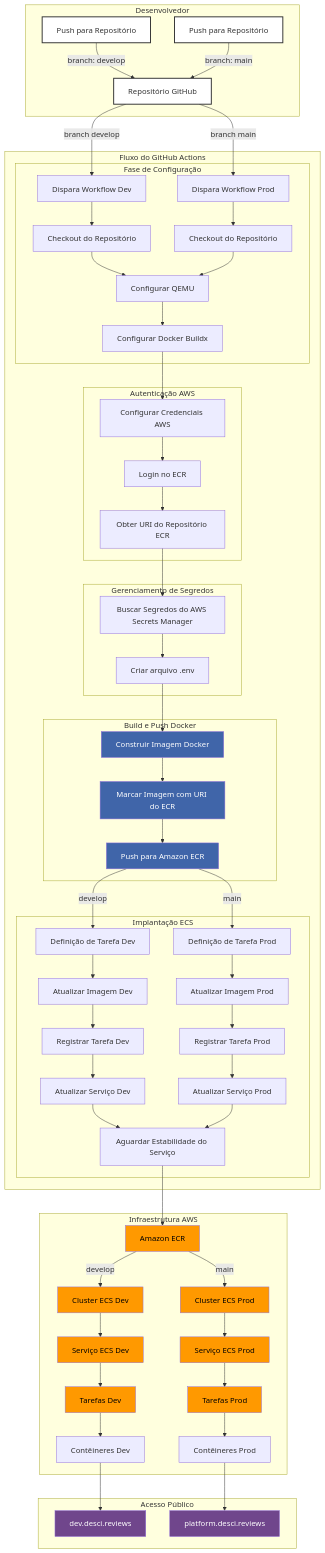
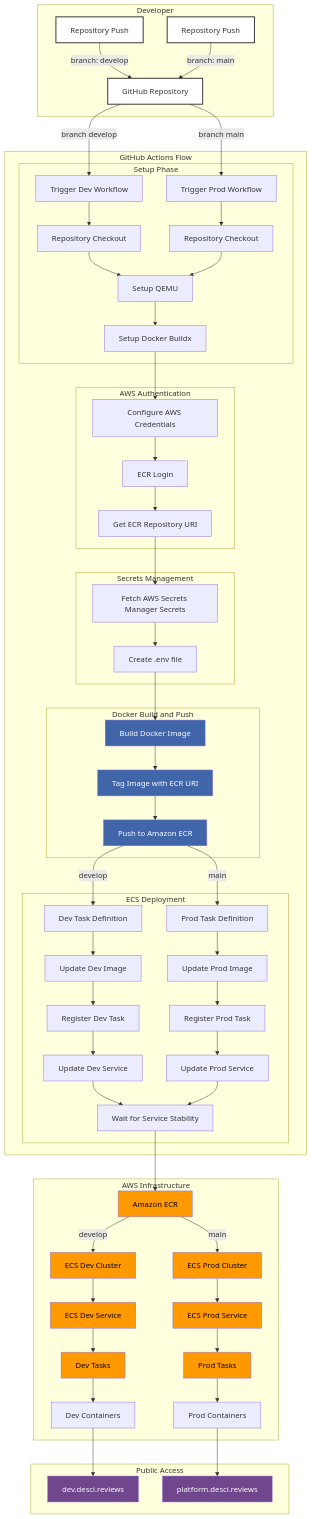
Before and after one commit to deScier/deSci-infra: the diagram in README.md, drawn with Mermaid. The commit also changed other lines of this file and 3 other files, not shown here.

````diff
--- a/README.md
+++ b/README.md
@@ -27,75 +27,75 @@
 ```mermaid
 flowchart TD
-    subgraph Desenvolvedor
-        A[Push para Repositório] --> |branch: develop| B[Repositório GitHub]
-        A2[Push para Repositório] --> |branch: main| B
+    subgraph Developer
+        A[Repository Push] --> |branch: develop| B[GitHub Repository]
+        A2[Repository Push] --> |branch: main| B
     end
 
-    subgraph "Fluxo do GitHub Actions"
-        B --> |branch develop| C1[Dispara Workflow Dev]
-        B --> |branch main| C2[Dispara Workflow Prod]
+    subgraph "GitHub Actions Flow"
+        B --> |branch develop| C1[Trigger Dev Workflow]
+        B --> |branch main| C2[Trigger Prod Workflow]
 
-        subgraph "Fase de Configuração"
-            C1 --> D1[Checkout do Repositório]
-            C2 --> D2[Checkout do Repositório]
-            D1 & D2 --> E[Configurar QEMU]
-            E --> F[Configurar Docker Buildx]
+        subgraph "Setup Phase"
+            C1 --> D1[Repository Checkout]
+            C2 --> D2[Repository Checkout]
+            D1 & D2 --> E[Setup QEMU]
+            E --> F[Setup Docker Buildx]
         end
 
-        subgraph "Autenticação AWS"
-            F --> G[Configurar Credenciais AWS]
-            G --> H[Login no ECR]
-            H --> I[Obter URI do Repositório ECR]
+        subgraph "AWS Authentication"
+            F --> G[Configure AWS Credentials]
+            G --> H[ECR Login]
+            H --> I[Get ECR Repository URI]
         end
 
-        subgraph "Gerenciamento de Segredos"
-            I --> J[Buscar Segredos do AWS Secrets Manager]
-            J --> K[Criar arquivo .env]
+        subgraph "Secrets Management"
+            I --> J[Fetch AWS Secrets Manager Secrets]
+            J --> K[Create .env file]
         end
 
-        subgraph "Build e Push Docker"
-            K --> L[Construir Imagem Docker]
-            L --> M[Marcar Imagem com URI do ECR]
-            M --> N[Push para Amazon ECR]
+        subgraph "Docker Build and Push"
+            K --> L[Build Docker Image]
+            L --> M[Tag Image with ECR URI]
+            M --> N[Push to Amazon ECR]
         end
 
-        subgraph "Implantação ECS"
-            N --> |develop| O1[Definição de Tarefa Dev]
-            N --> |main| O2[Definição de Tarefa Prod]
-            O1 --> P1[Atualizar Imagem Dev]
-            O2 --> P2[Atualizar Imagem Prod]
-            P1 --> Q1[Registrar Tarefa Dev]
-            P2 --> Q2[Registrar Tarefa Prod]
-            Q1 --> R1[Atualizar Serviço Dev]
-            Q2 --> R2[Atualizar Serviço Prod]
-            R1 & R2 --> S[Aguardar Estabilidade do Serviço]
+        subgraph "ECS Deployment"
+            N --> |develop| O1[Dev Task Definition]
+            N --> |main| O2[Prod Task Definition]
+            O1 --> P1[Update Dev Image]
+            O2 --> P2[Update Prod Image]
+            P1 --> Q1[Register Dev Task]
+            P2 --> Q2[Register Prod Task]
+            Q1 --> R1[Update Dev Service]
+            Q2 --> R2[Update Prod Service]
+            R1 & R2 --> S[Wait for Service Stability]
         end
     end
 
-    subgraph "Infraestrutura AWS"
+    subgraph "AWS Infrastructure"
         S --> T[Amazon ECR]
-        T --> |develop| U1[Cluster ECS Dev]
-        T --> |main| U2[Cluster ECS Prod]
-        U1 --> V1[Serviço ECS Dev]
-        U2 --> V2[Serviço ECS Prod]
-        V1 --> W1[Tarefas Dev]
-        V2 --> W2[Tarefas Prod]
-        W1 --> X1[Contêineres Dev]
-        W2 --> X2[Contêineres Prod]
+        T --> |develop| U1[ECS Dev Cluster]
+        T --> |main| U2[ECS Prod Cluster]
+        U1 --> V1[ECS Dev Service]
+        U2 --> V2[ECS Prod Service]
+        V1 --> W1[Dev Tasks]
+        V2 --> W2[Prod Tasks]
+        W1 --> X1[Dev Containers]
+        W2 --> X2[Prod Containers]
     end
 
-    subgraph "Acesso Público"
+    subgraph "Public Access"
         X1 --> Y1[dev.desci.reviews]
         X2 --> Y2[platform.desci.reviews]
     end
 
     classDef setup fill:#fff,stroke:#333,color:#333,stroke-width:2px
     classDef aws fill:#ff9900,color:#000
     classDef container fill:#4065a9,color:#fff
     classDef domain fill:#70468c,color:#fff
 
     class A,A2,B setup
     class T,U1,U2,V1,V2,W1,W2 aws
     class L,M,N container
     class Y1,Y2 domain
 ```
````
